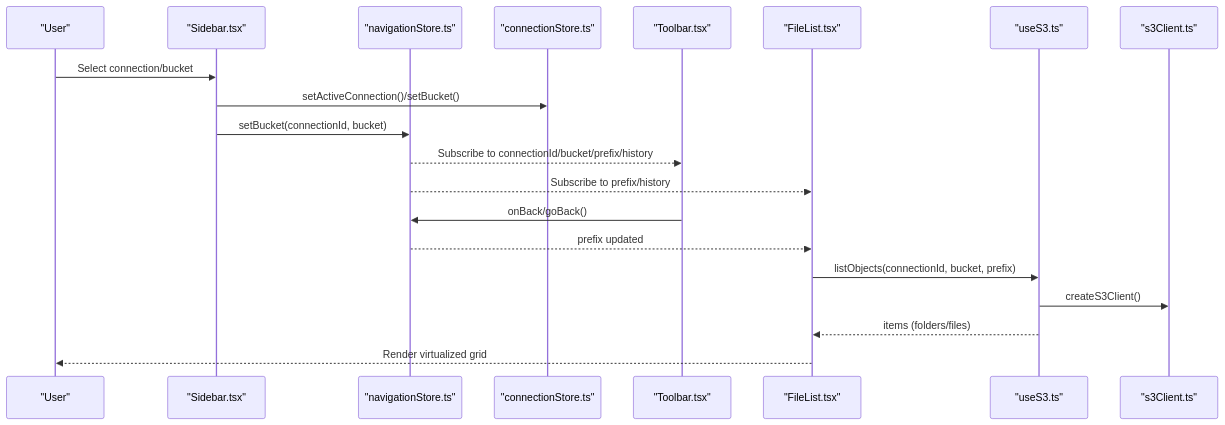
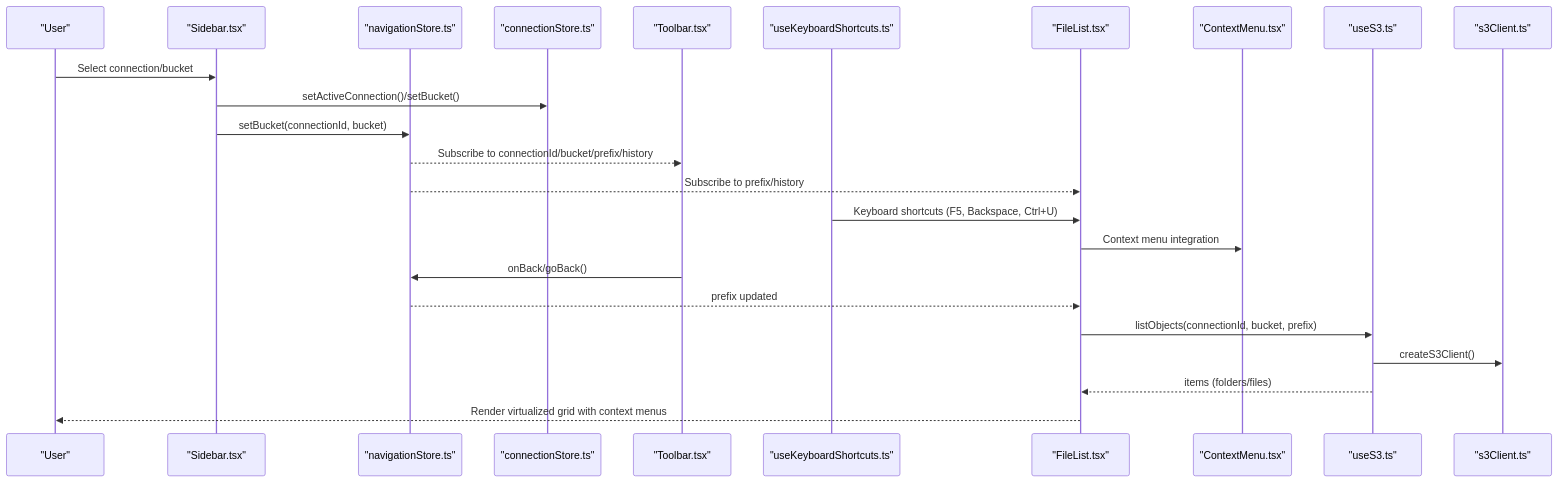
Before and after one commit to nasrulhadi/s3-explorer: the second of 15 diagrams in .qoder/repowiki/en/content/Core Features/File Browser Interface.md, drawn with Mermaid. The commit also changed other lines of this file and 44 other files, not shown here.

````diff
--- a/.qoder/repowiki/en/content/Core Features/File Browser Interface.md
+++ b/.qoder/repowiki/en/content/Core Features/File Browser Interface.md
@@ -121,22 +152,26 @@
 ```mermaid
 sequenceDiagram
 participant U as "User"
 participant S as "Sidebar.tsx"
 participant NS as "navigationStore.ts"
 participant C as "connectionStore.ts"
 participant T as "Toolbar.tsx"
+participant KS as "useKeyboardShortcuts.ts"
 participant FL as "FileList.tsx"
+participant CM as "ContextMenu.tsx"
 participant US3 as "useS3.ts"
 participant SC as "s3Client.ts"
 U->>S : Select connection/bucket
 S->>C : setActiveConnection()/setBucket()
 S->>NS : setBucket(connectionId, bucket)
 NS-->>T : Subscribe to connectionId/bucket/prefix/history
 NS-->>FL : Subscribe to prefix/history
+KS->>FL : Keyboard shortcuts (F5, Backspace, Ctrl+U)
+FL->>CM : Context menu integration
 T->>NS : onBack/goBack()
 NS-->>FL : prefix updated
 FL->>US3 : listObjects(connectionId, bucket, prefix)
 US3->>SC : createS3Client()
 US3-->>FL : items (folders/files)
-FL-->>U : Render virtualized grid
+FL-->>U : Render virtualized grid with context menus
 ```
````
